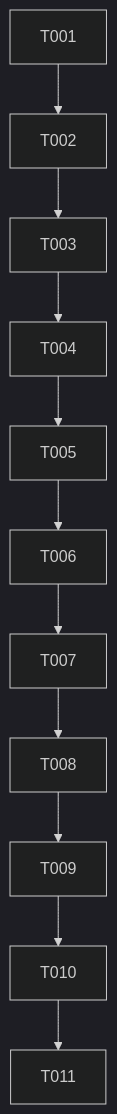
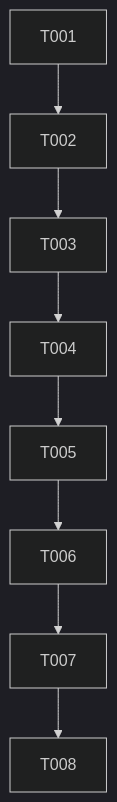
Before and after one commit to ZaneOw0/Shuvi-agent: the diagram in spec/knowledge-pdf-ingestion/tasks.md, drawn with Mermaid (dark theme). The commit also changed other lines of this file and 27 other files, not shown here.

````diff
--- a/spec/knowledge-pdf-ingestion/tasks.md
+++ b/spec/knowledge-pdf-ingestion/tasks.md
@@ -66,13 +60,10 @@
 ```mermaid
 graph TD
   T001 --> T002
   T002 --> T003
   T003 --> T004
   T004 --> T005
   T005 --> T006
   T006 --> T007
   T007 --> T008
-  T008 --> T009
-  T009 --> T010
-  T010 --> T011
 ```
````
